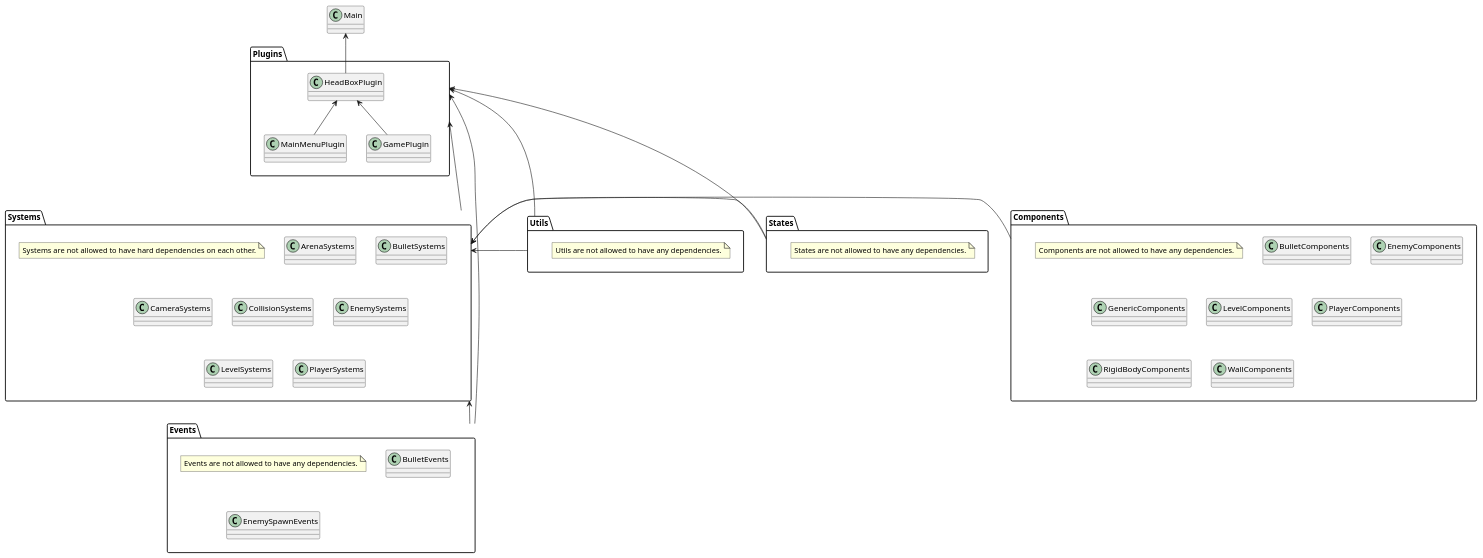
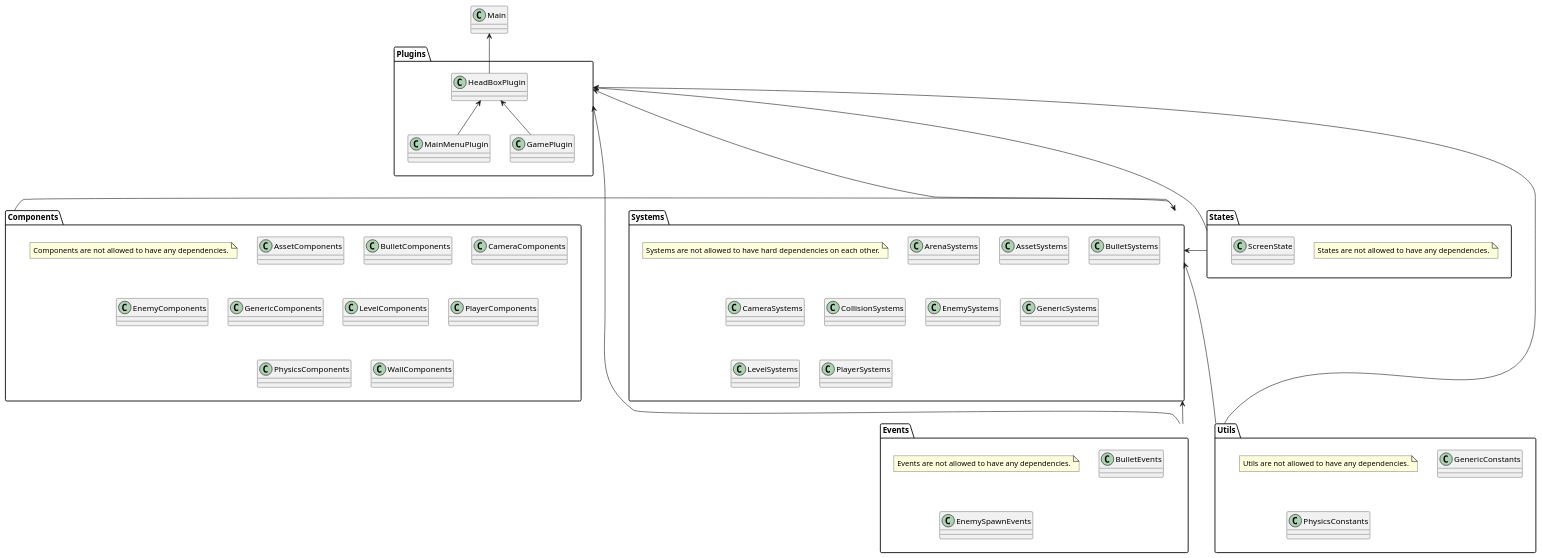
The diagram in docs/class_layout.puml (LuukHenk/head_box), drawn with PlantUML before and after one commit. The commit also changed 21 other files, not shown here.

```diff
--- a/docs/class_layout.puml
+++ b/docs/class_layout.puml
@@ -1,62 +1,68 @@
 @startuml
 
 class Main
+'##########################################
+package Components {
+    note "Components are not allowed to have any dependencies." as N2
+    class AssetComponents
+    class BulletComponents
+    class CameraComponents
+    class EnemyComponents
+    class GenericComponents
+    class LevelComponents
+    class PlayerComponents
+    class PhysicsComponents
+    class WallComponents
+}
+Systems <-- Components
+'##########################################
+package Events {
+    note "Events are not allowed to have any dependencies." as N3
+    class BulletEvents
+    class EnemySpawnEvents
+}
 
+Plugins <- Events
+Systems <- Events
+'##########################################
 package Plugins {
     class HeadBoxPlugin
     class MainMenuPlugin
     class GamePlugin
 }
 Main <-- HeadBoxPlugin
 HeadBoxPlugin <-- MainMenuPlugin
 HeadBoxPlugin <-- GamePlugin
-
+'##########################################
+package States {
+    note "States are not allowed to have any dependencies." as N5
+    class ScreenState
+}
+Plugins <- States
+Systems <- States
+'##########################################
 package Systems {
     note "Systems are not allowed to have hard dependencies on each other." as N1
     class ArenaSystems
+    class AssetSystems
     class BulletSystems
     class CameraSystems
     class CollisionSystems
     class EnemySystems
+    class GenericSystems
     class LevelSystems
     class PlayerSystems
 }
 Plugins <---- Systems
-
-package Components {
-    note "Components are not allowed to have any dependencies." as N2
-    class BulletComponents
-    class EnemyComponents
-    class GenericComponents
-    class LevelComponents
-    class PlayerComponents
-    class RigidBodyComponents
-    class WallComponents
-}
-Systems <- Components
-
-package Events {
-    note "Events are not allowed to have any dependencies." as N3
-    class BulletEvents
-    class EnemySpawnEvents
-}
-
-Plugins <- Events
-Systems <- Events
-
+'##########################################
 package Utils {
     note "Utils are not allowed to have any dependencies." as N4
+    class GenericConstants
+    class PhysicsConstants
 }
-
 Plugins <- Utils
 Systems <- Utils
-
-package States {
-    note "States are not allowed to have any dependencies." as N5
-}
-
-Plugins <- States
-Systems <- States
+'##########################################
 
 
 @enduml
```
